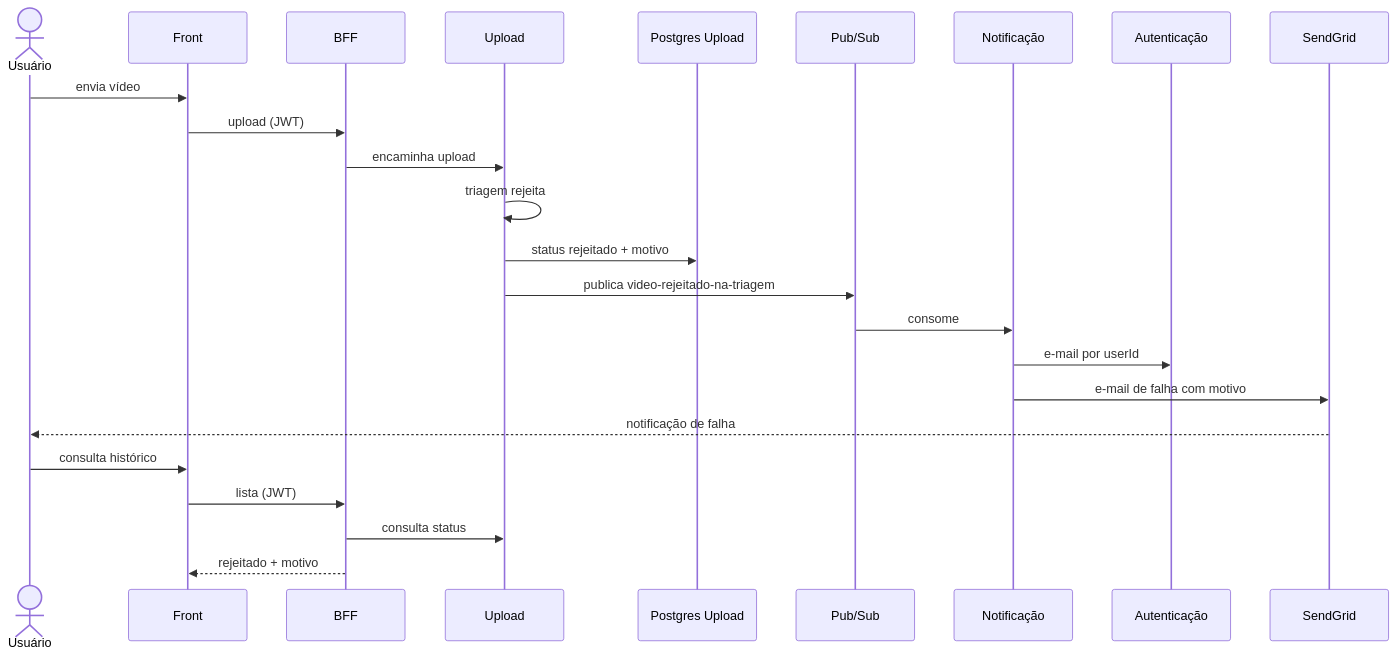
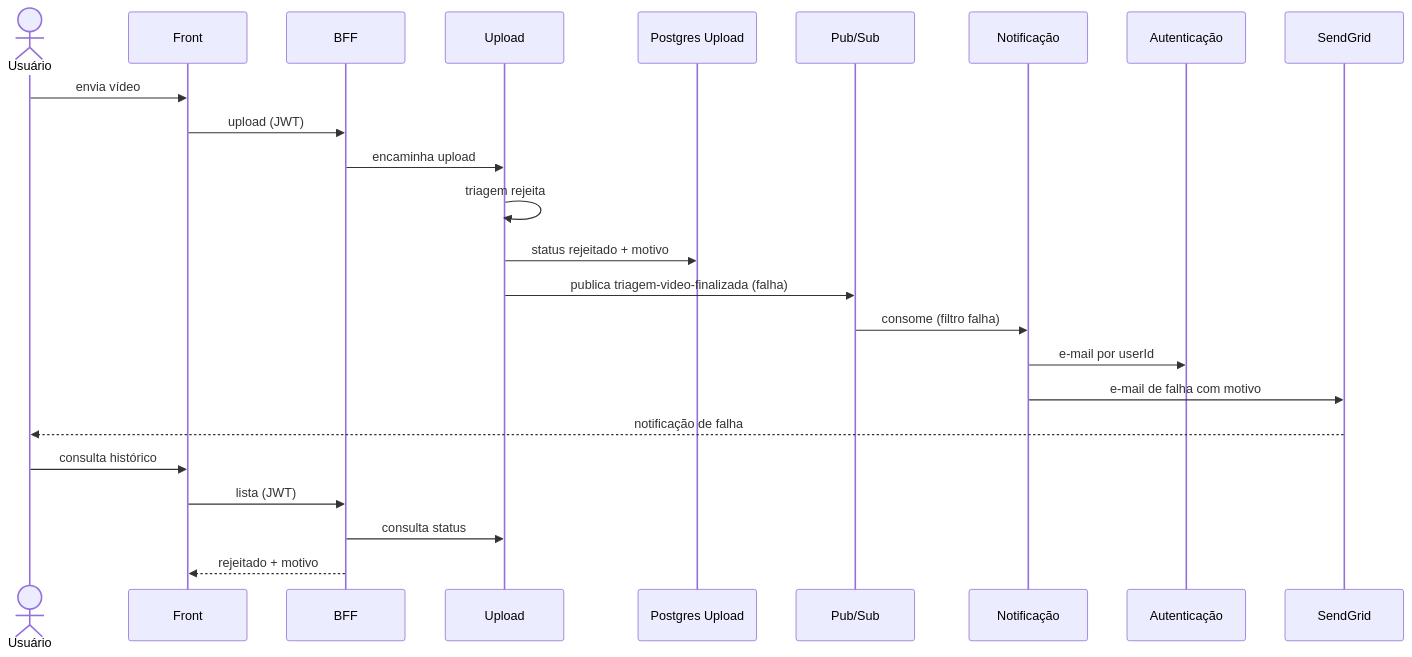
One commit to fiap-x-vcosta/docs changed the diagram in fluxo-e-estados/03_rejeicao-na-triagem.md. Above: the diagram before and after it, drawn with Mermaid. The commit also changed 9 other files, not shown here.

````diff
--- a/fluxo-e-estados/03_rejeicao-na-triagem.md
+++ b/fluxo-e-estados/03_rejeicao-na-triagem.md
@@ -1,27 +1,27 @@
 ```mermaid
 sequenceDiagram
   actor U as Usuário
   participant Web as Front
   participant BFF as BFF
   participant Up as Upload
   participant PGU as Postgres Upload
   participant Bus as Pub/Sub
   participant Notif as Notificação
   participant Auth as Autenticação
   participant SG as SendGrid
 
   U->>Web: envia vídeo
   Web->>BFF: upload (JWT)
   BFF->>Up: encaminha upload
   Up->>Up: triagem rejeita
   Up->>PGU: status rejeitado + motivo
-  Up->>Bus: publica video-rejeitado-na-triagem
-  Bus->>Notif: consome
+  Up->>Bus: publica triagem-video-finalizada (falha)
+  Bus->>Notif: consome (filtro falha)
   Notif->>Auth: e-mail por userId
   Notif->>SG: e-mail de falha com motivo
   SG-->>U: notificação de falha
   U->>Web: consulta histórico
   Web->>BFF: lista (JWT)
   BFF->>Up: consulta status
   BFF-->>Web: rejeitado + motivo
 ```
````
